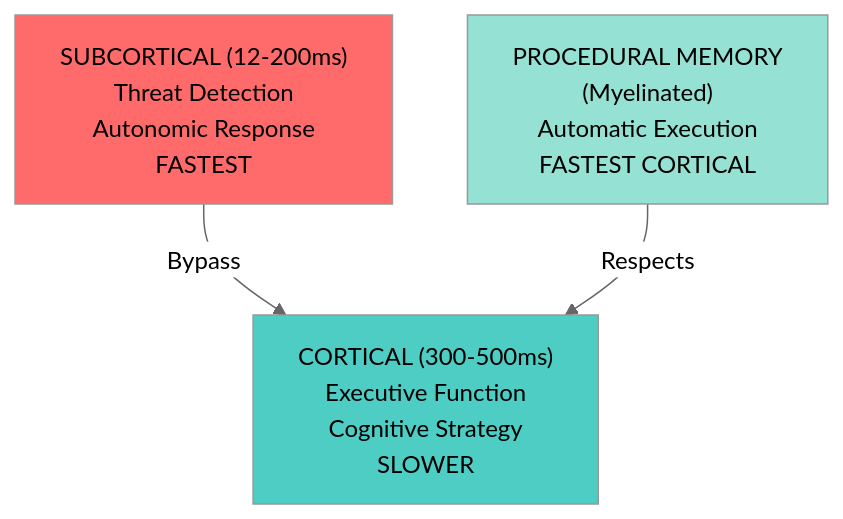
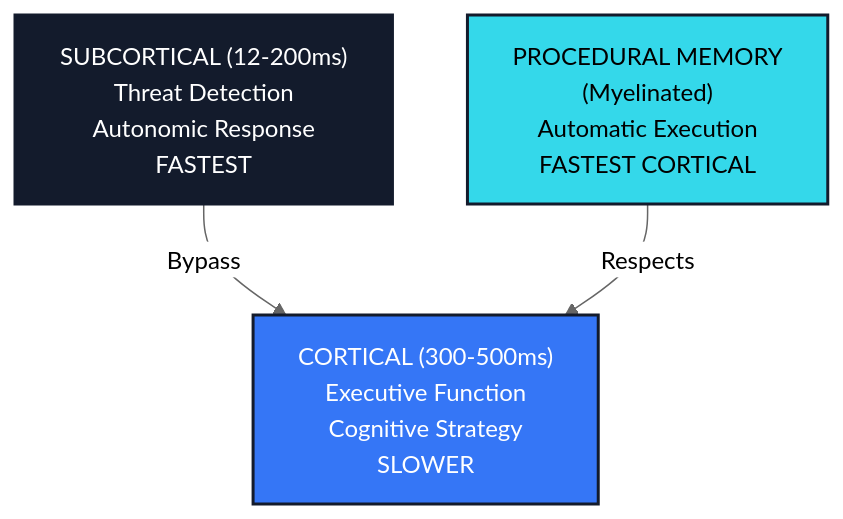
One commit to Feirbrand/synoeticos-public changed the sixth of 11 diagrams in docs/elevation-grid/elevation-grid-visualizations.md. Above: the diagram before and after it, drawn with Mermaid (neutral theme). The commit also changed other lines of this file and 8 other files, not shown here.

````diff
--- a/docs/elevation-grid/elevation-grid-visualizations.md
+++ b/docs/elevation-grid/elevation-grid-visualizations.md
@@ -126,10 +139,10 @@
 ```{mermaid}
 graph TD
     A["SUBCORTICAL (12-200ms)<br/>Threat Detection<br/>Autonomic Response<br/>FASTEST"] -->|"Bypass"| B["CORTICAL (300-500ms)<br/>Executive Function<br/>Cognitive Strategy<br/>SLOWER"]
     
     C["PROCEDURAL MEMORY<br/>(Myelinated)<br/>Automatic Execution<br/>FASTEST CORTICAL"] -->|"Respects"| B
     
-    style A fill:#ff6b6b
-    style B fill:#4ecdc4
-    style C fill:#95e1d3
+    style A fill:#131B2C,stroke:#131B2C,stroke-width:2px,color:#fff
+    style B fill:#3576F6,stroke:#131B2C,stroke-width:2px,color:#fff
+    style C fill:#34D8EA,stroke:#131B2C,stroke-width:2px,color:#000
 ```
````
